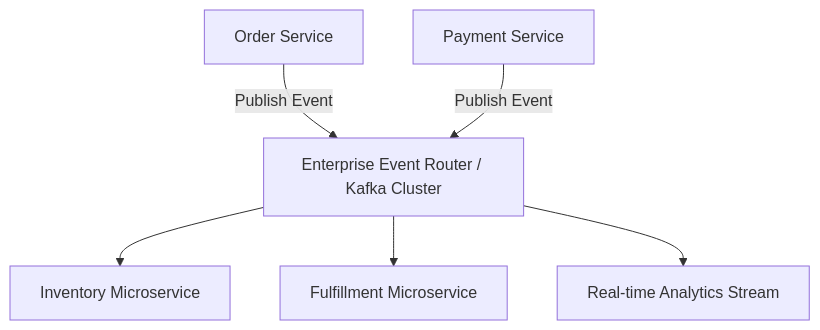
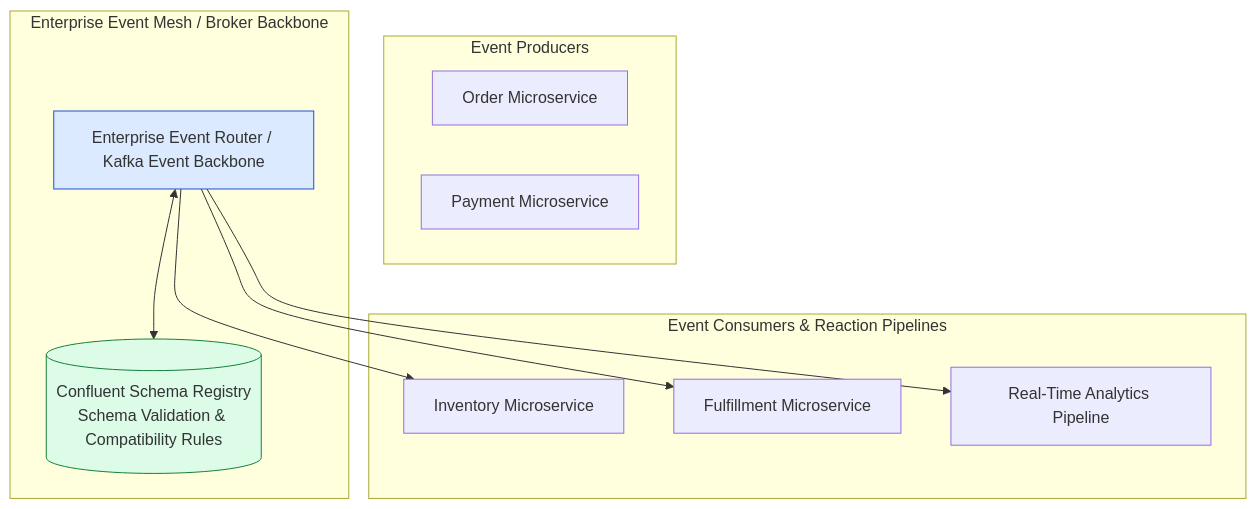
Before and after one commit to Amie-dev/engineering-playbook: the first of 3 diagrams in system-design-notes/25-event-driven-architecture.md, drawn with Mermaid. The commit also changed other lines of this file and 33 other files, not shown here.

````diff
--- a/system-design-notes/25-event-driven-architecture.md
+++ b/system-design-notes/25-event-driven-architecture.md
@@ -10,9 +15,22 @@
 ```mermaid
 flowchart TD
-    Producer1[Order Service] -->|Publish Event| EventMesh[Enterprise Event Router / Kafka Cluster]
-    Producer2[Payment Service] -->|Publish Event| EventMesh
+    subgraph Event Producers
+        OrderSvc[Order Microservice]
+        PaymentSvc[Payment Microservice]
+    end
 
-    EventMesh --> Consumer1[Inventory Microservice]
-    EventMesh --> Consumer2[Fulfillment Microservice]
-    EventMesh --> Consumer3[Real-time Analytics Stream]
+    subgraph Enterprise Event Mesh / Broker Backbone
+        EventBus[Enterprise Event Router / Kafka Event Backbone]
+        SchemaReg[(Confluent Schema Registry<br/>Schema Validation & Compatibility Rules)]
+        EventBus <--> SchemaReg
+    end
+
+    subgraph Event Consumers & Reaction Pipelines
+        EventBus --> InventorySvc[Inventory Microservice]
+        EventBus --> FulfillmentSvc[Fulfillment Microservice]
+        EventBus --> AnalyticsSvc[Real-Time Analytics Pipeline]
+    end
+
+    style EventBus fill:#dbeafe,stroke:#1d4ed8
+    style SchemaReg fill:#dcfce7,stroke:#15803d
 ```
````
